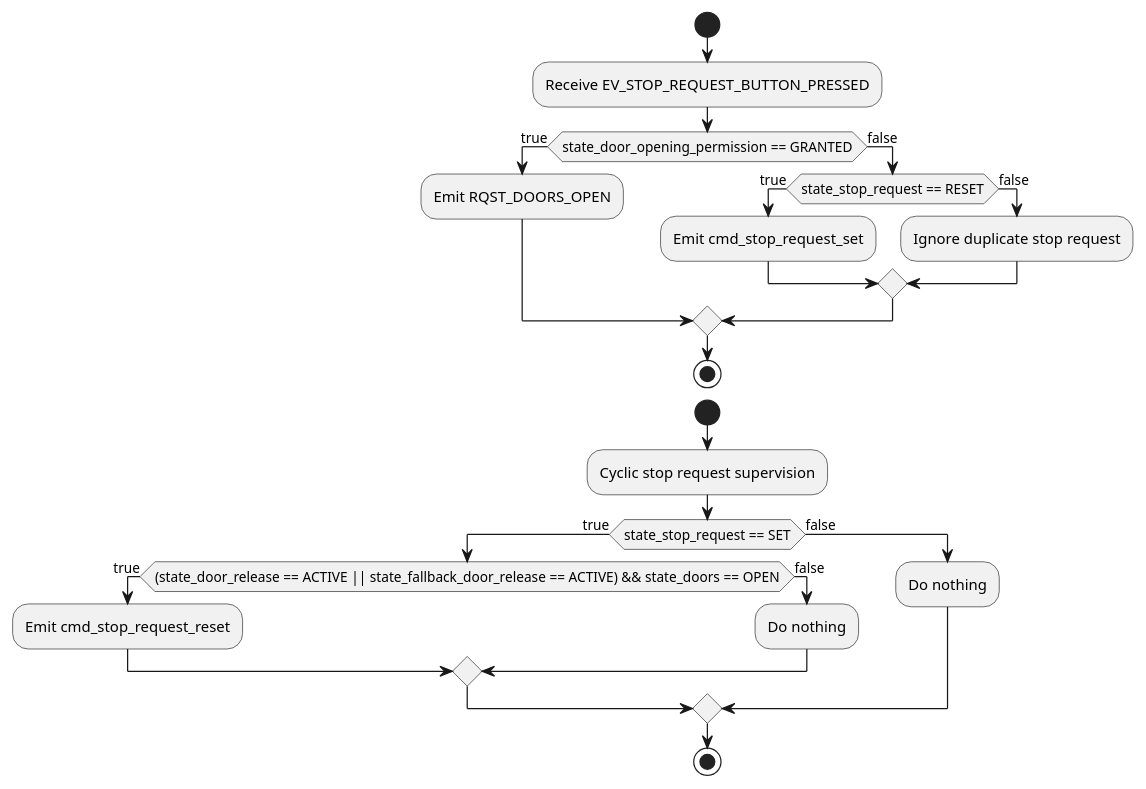
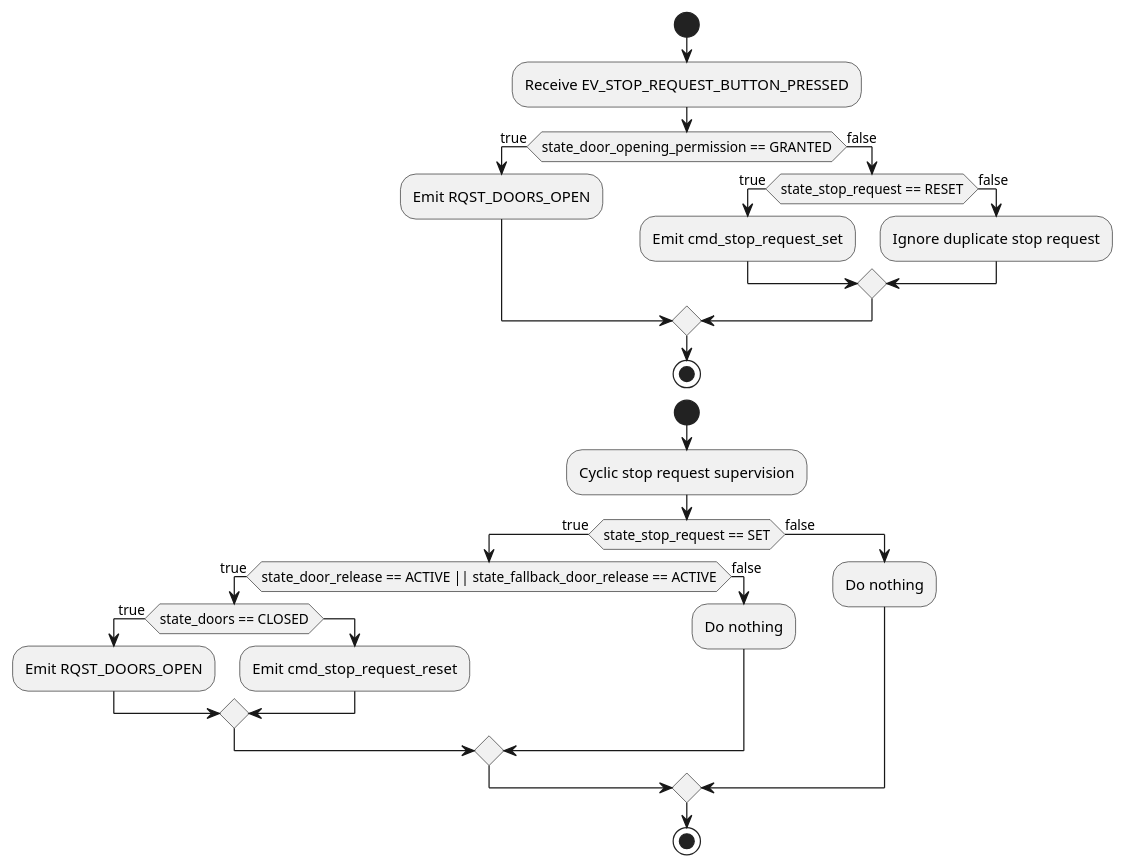
Before and after one commit to paetzholdt/CANRepo: the diagram in docs/models/activity_diagrams/node-door-controller/stop_request_supervisor_activity.puml, drawn with PlantUML.

Commit message:
refactor(models): correct supervisor stop request model

```diff
--- a/docs/models/activity_diagrams/node-door-controller/stop_request_supervisor_activity.puml
+++ b/docs/models/activity_diagrams/node-door-controller/stop_request_supervisor_activity.puml
@@ -1,40 +1,45 @@
 @startuml stop_request_supervisor_activity
 
 start
 :Receive EV_STOP_REQUEST_BUTTON_PRESSED;
 
 if (state_door_opening_permission == GRANTED) then (true)
     :Emit RQST_DOORS_OPEN;
 
 else (false)
     if (state_stop_request == RESET) then (true)
         :Emit cmd_stop_request_set;
 
     else (false)
         :Ignore duplicate stop request;
 
     endif
 endif
 
 stop
 
 
 start
 :Cyclic stop request supervision;
 
 if (state_stop_request == SET) then (true)
-    if ((state_door_release == ACTIVE || state_fallback_door_release == ACTIVE) && state_doors == OPEN) then (true)
-        :Emit cmd_stop_request_reset;
+    if (state_door_release == ACTIVE || state_fallback_door_release == ACTIVE) then (true)
+
+        if (state_doors == CLOSED) then (true)
+            :Emit RQST_DOORS_OPEN;
+        else
+            :Emit cmd_stop_request_reset;
+        endif
 
     else (false)
         :Do nothing;
     endif
 
 else (false)
-:Do nothing;
+    :Do nothing;
 endif
 
 stop
 
 
 @enduml
```
